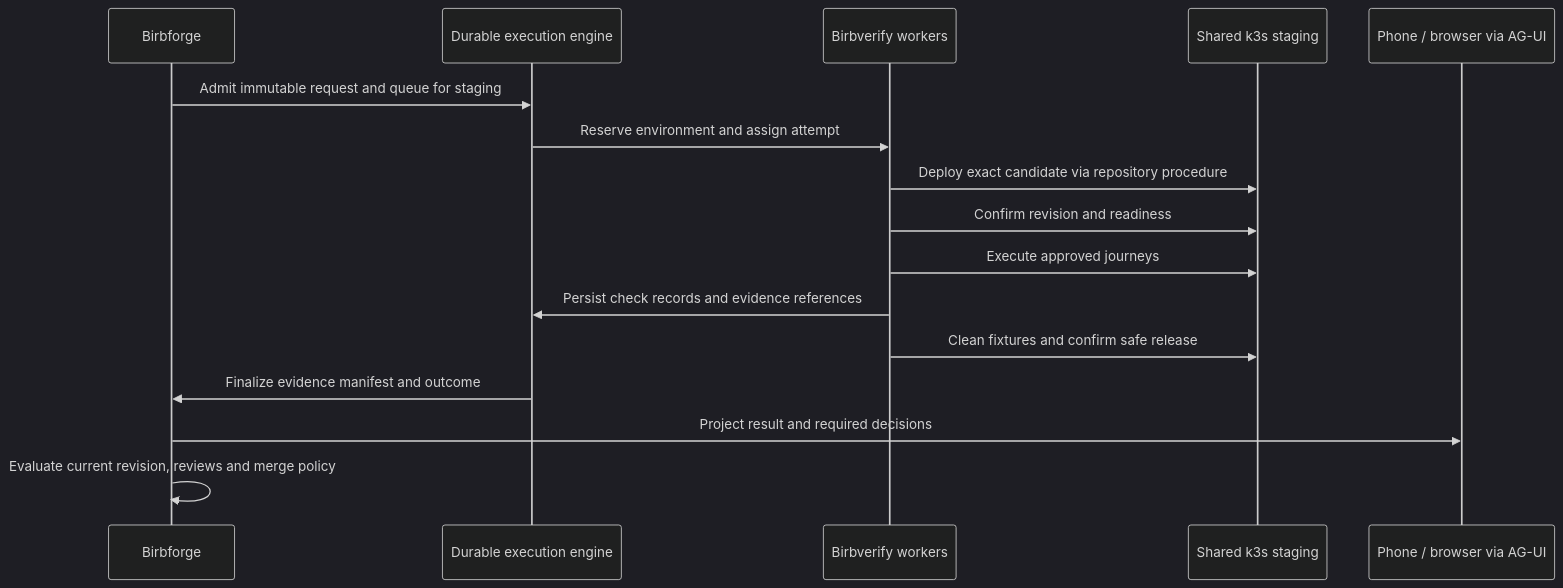
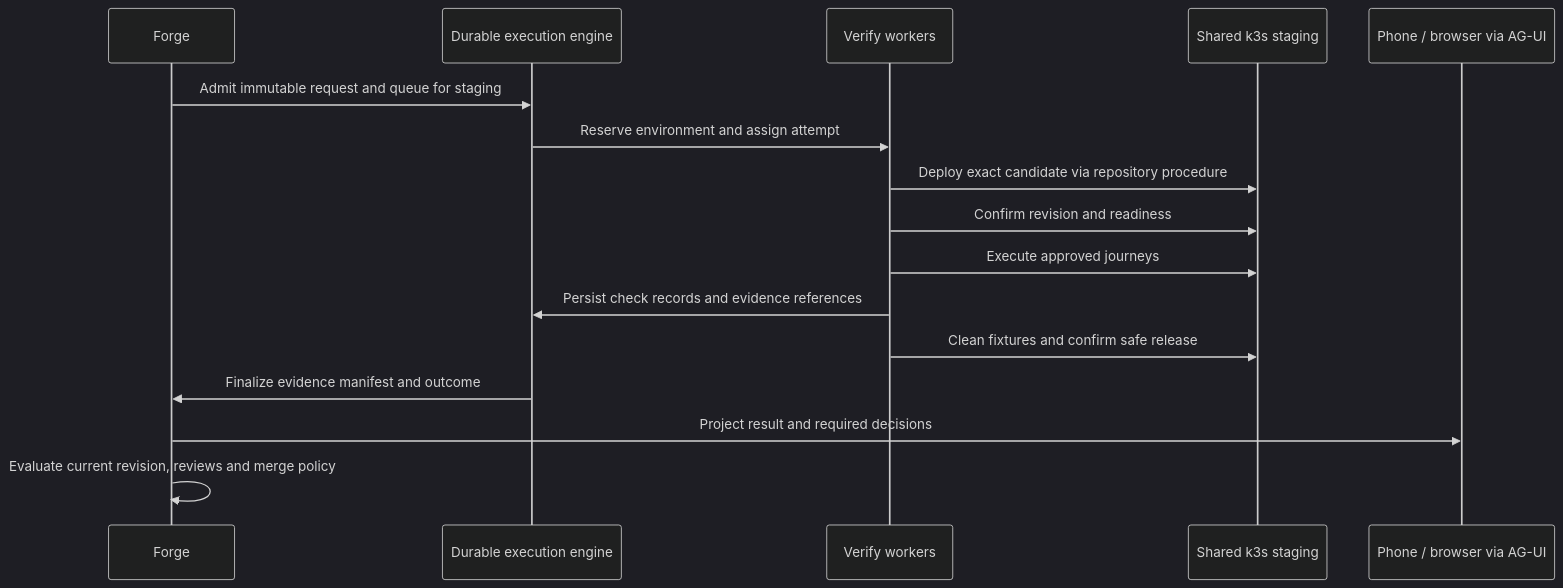
The diagram in docs/verification-contract.md (mattsp1290/birbforge), drawn with Mermaid (dark theme) before and after one commit. The commit also changed other lines of this file and 84 other files, not shown here.

Commit message:
chore: rename Forge and canonical Crew Verify references (#17)

````diff
--- a/docs/verification-contract.md
+++ b/docs/verification-contract.md
@@ -78,18 +78,18 @@
 ```mermaid
 sequenceDiagram
-    participant F as Birbforge
+    participant F as Forge
     participant D as Durable execution engine
-    participant V as Birbverify workers
+    participant V as Verify workers
     participant S as Shared k3s staging
     participant U as Phone / browser via AG-UI
     F->>D: Admit immutable request and queue for staging
     D->>V: Reserve environment and assign attempt
     V->>S: Deploy exact candidate via repository procedure
     V->>S: Confirm revision and readiness
     V->>S: Execute approved journeys
     V->>D: Persist check records and evidence references
     V->>S: Clean fixtures and confirm safe release
     D->>F: Finalize evidence manifest and outcome
     F->>U: Project result and required decisions
     F->>F: Evaluate current revision, reviews and merge policy
 ```
````
